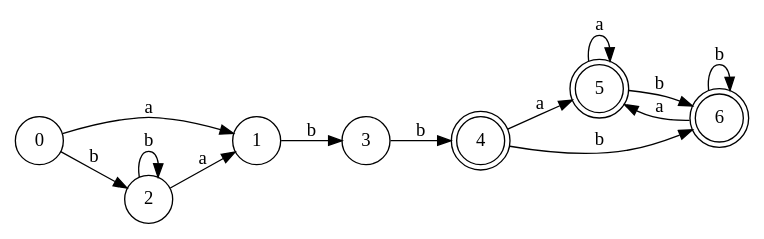
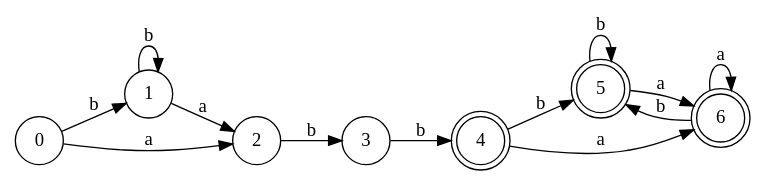
One commit to EstebanAG1005/LaboratorioB---DL changed the diagram in dfa.gv. Above: the diagram before and after it, drawn with Graphviz. The commit also changed 2 other files, not shown here.

```diff
--- a/dfa.gv
+++ b/dfa.gv
@@ -1,29 +1,29 @@
 digraph finite_state_machine {
 	rankdir=LR size="8,5"
 	node [shape=circle]
 	0
 	node [shape=circle]
 	1
 	node [shape=circle]
 	2
 	node [shape=circle]
 	3
 	node [shape=doublecircle]
 	4
 	node [shape=doublecircle]
 	5
 	node [shape=doublecircle]
 	6
-	0 -> 1 [label=a]
-	0 -> 2 [label=b]
-	2 -> 1 [label=a]
-	2 -> 2 [label=b]
-	1 -> 3 [label=b]
+	0 -> 1 [label=b]
+	0 -> 2 [label=a]
+	2 -> 3 [label=b]
 	3 -> 4 [label=b]
-	4 -> 5 [label=a]
-	4 -> 6 [label=b]
-	6 -> 5 [label=a]
-	6 -> 6 [label=b]
-	5 -> 5 [label=a]
-	5 -> 6 [label=b]
+	4 -> 5 [label=b]
+	4 -> 6 [label=a]
+	6 -> 5 [label=b]
+	6 -> 6 [label=a]
+	5 -> 5 [label=b]
+	5 -> 6 [label=a]
+	1 -> 1 [label=b]
+	1 -> 2 [label=a]
 }
```
